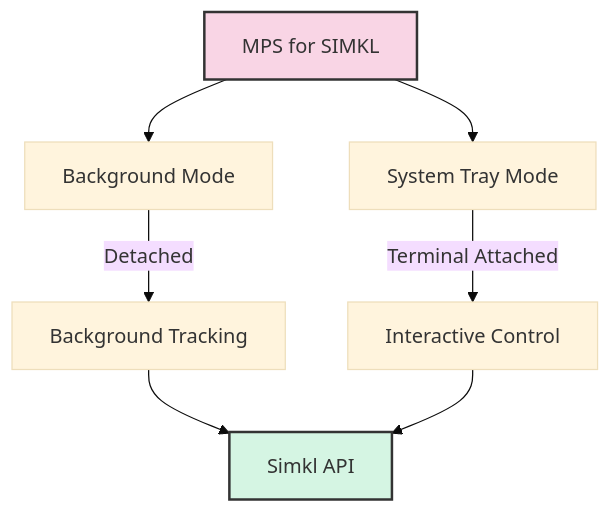
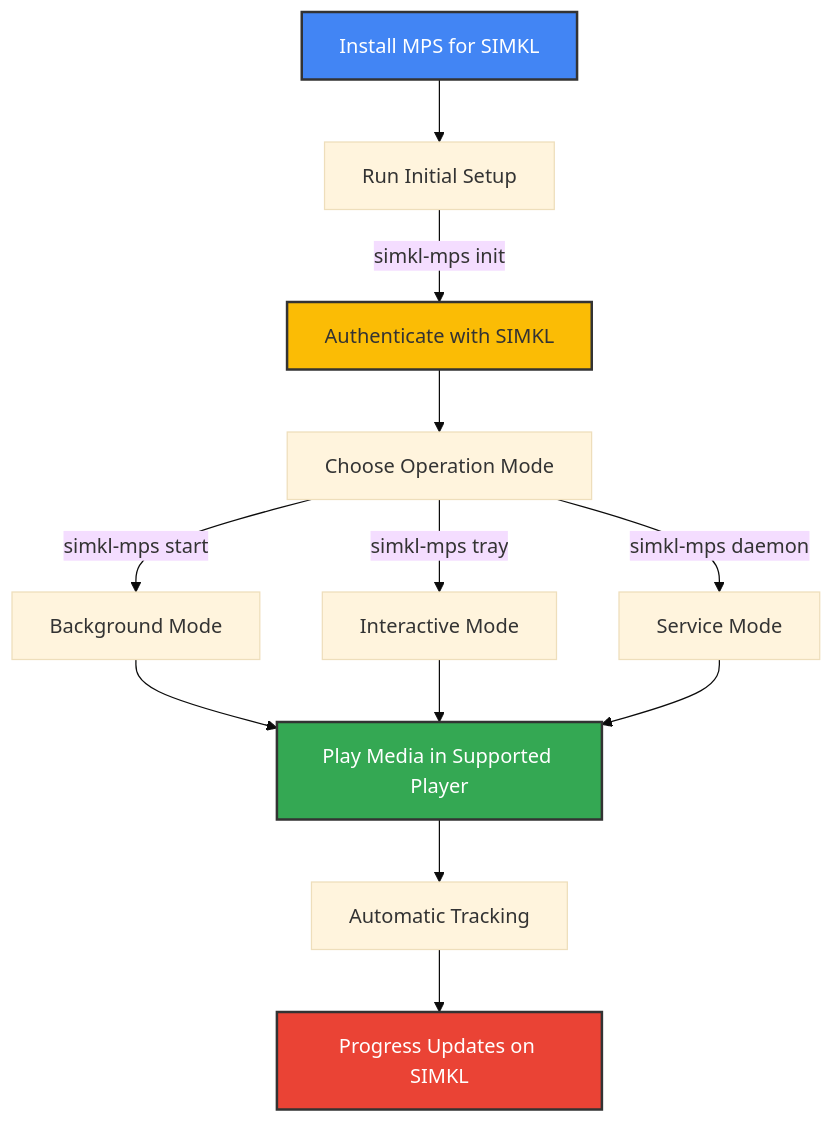
Before and after one commit to ByteTrix/Media-Player-Scrobbler-for-Simkl: the first of 3 diagrams in docs/usage.md, drawn with Mermaid (base theme). The commit also changed other lines of this file and 9 other files, not shown here.

First line of the commit message:
Enhance troubleshooting and usage documentation for MPS for SIMKL

````diff
--- a/docs/usage.md
+++ b/docs/usage.md
@@ -105,14 +20,22 @@
 ```mermaid
 graph TD
-    A[MPS for SIMKL] --> B[Background Mode]
-    A --> C[System Tray Mode]
+    A[Install MPS for SIMKL] --> B[Run Initial Setup]
+    B -->|simkl-mps init| C[Authenticate with SIMKL]
+    C --> D[Choose Operation Mode]
     
-    B -->|Detached| F[Background Tracking]
-    C -->|Terminal Attached| G[Interactive Control]
+    D -->|simkl-mps start| E[Background Mode]
+    D -->|simkl-mps tray| F[Interactive Mode]
+    D -->|simkl-mps daemon| G[Service Mode]
     
-    F --> J[Simkl API]
-    G --> J
+    E --> H[Play Media in Supported Player]
+    F --> H
+    G --> H
     
-    style A fill:#f9d5e5,stroke:#333,stroke-width:2px
-    style J fill:#d5f5e3,stroke:#333,stroke-width:2px
+    H --> I[Automatic Tracking]
+    I --> J[Progress Updates on SIMKL]
+    
+    style A fill:#4285f4,stroke:#333,stroke-width:2px,color:#fff
+    style C fill:#fbbc05,stroke:#333,stroke-width:2px
+    style H fill:#34a853,stroke:#333,stroke-width:2px,color:#fff
+    style J fill:#ea4335,stroke:#333,stroke-width:2px,color:#fff
 ```
````
